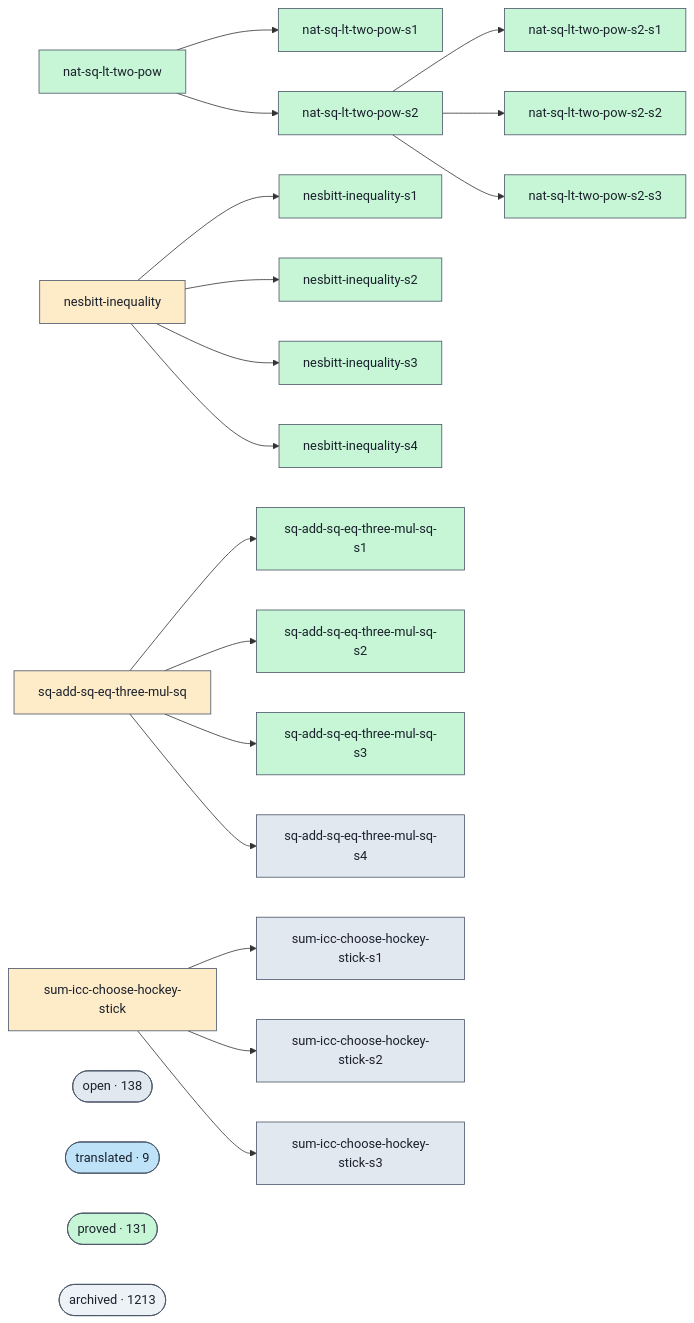
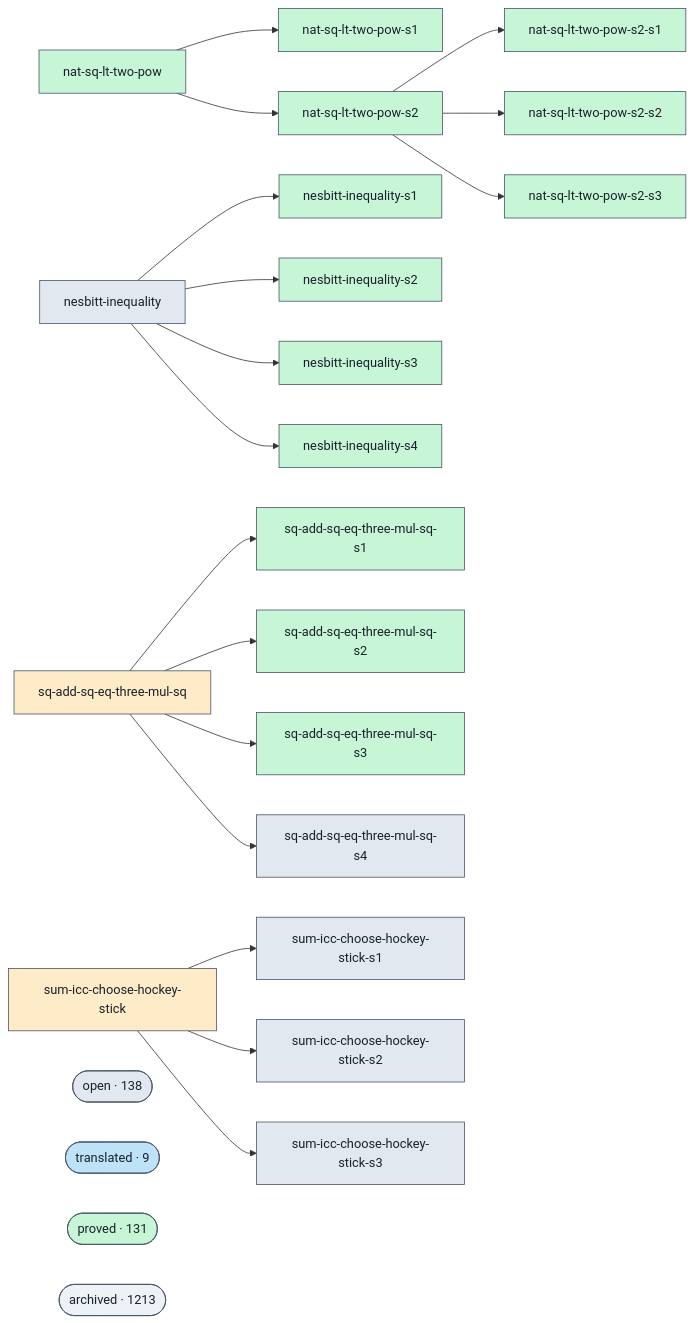
The diagram in docs/proofs-contributors-visualisation.md (ohdearquant/unsorry), drawn with Mermaid before and after one commit. The commit also changed other lines of this file and 2 other files, not shown here.

Commit message:
docs: refresh proofs-contributors-visualisation [skip ci]

```diff
--- a/docs/proofs-contributors-visualisation.md
+++ b/docs/proofs-contributors-visualisation.md
@@ -41,8 +41,8 @@
   class g_nat_sq_lt_two_pow_s2_s3 proved;
   click g_nat_sq_lt_two_pow_s2_s3 "https://github.com/agenticsnz/unsorry/blob/main/goals/nat-sq-lt-two-pow-s2-s3.lean" "nat-sq-lt-two-pow-s2-s3 — proved"
   g_nesbitt_inequality["nesbitt-inequality"]
-  class g_nesbitt_inequality blocked;
-  click g_nesbitt_inequality "https://github.com/agenticsnz/unsorry/blob/main/goals/nesbitt-inequality.lean" "nesbitt-inequality — blocked"
+  class g_nesbitt_inequality open;
+  click g_nesbitt_inequality "https://github.com/agenticsnz/unsorry/blob/main/goals/nesbitt-inequality.lean" "nesbitt-inequality — open"
   g_nesbitt_inequality_s1["nesbitt-inequality-s1"]
   class g_nesbitt_inequality_s1 proved;
   click g_nesbitt_inequality_s1 "https://github.com/agenticsnz/unsorry/blob/main/goals/nesbitt-inequality-s1.lean" "nesbitt-inequality-s1 — proved"
```
